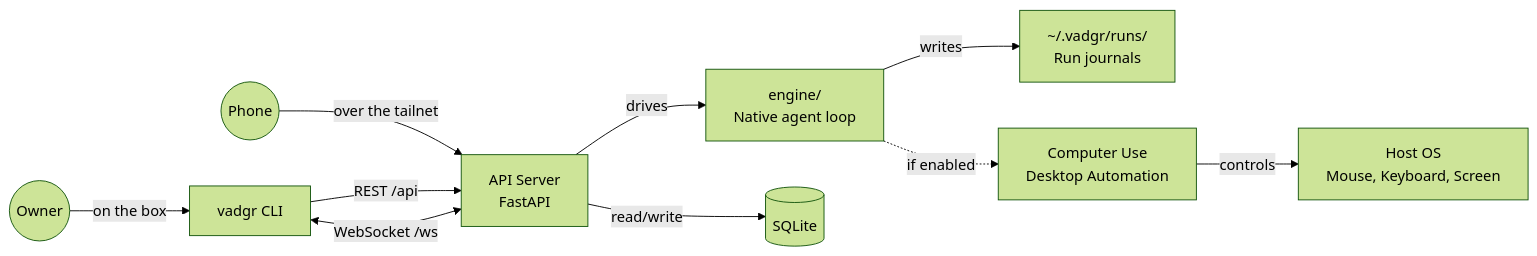
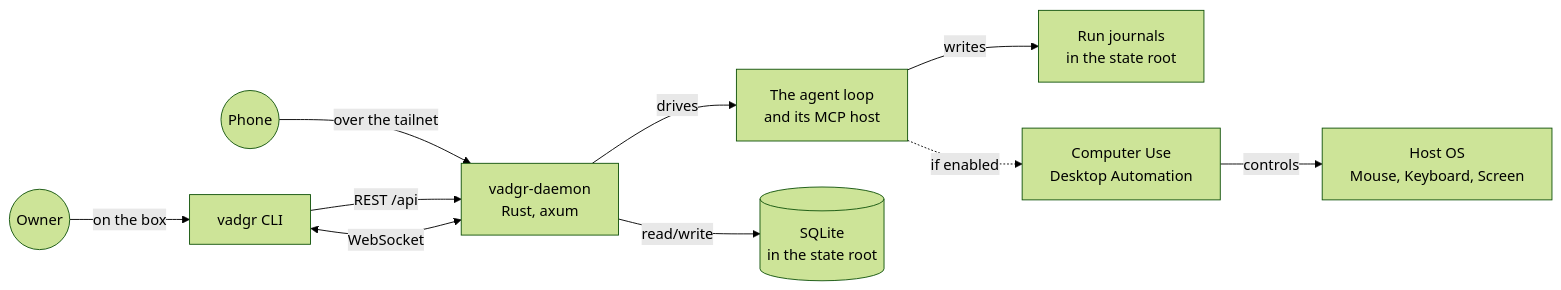
The diagram in README.md (MONTBRAIN/vadgr), drawn with Mermaid (forest theme) before and after one commit. The commit also changed other lines of this file and 5 other files, not shown here.

````diff
--- a/README.md
+++ b/README.md
@@ -108,12 +108,12 @@
 ```mermaid
 graph LR
     Owner((Owner)) -->|on the box| VCLI[vadgr CLI]
     Phone((Phone)) -->|over the tailnet| API
-    VCLI -->|REST /api| API[API Server<br/>FastAPI]
-    VCLI <-->|WebSocket /ws| API
-    API -->|drives| Loop[engine/<br/>Native agent loop]
-    API -->|read/write| DB[(SQLite)]
-    Loop -->|writes| Journal[~/.vadgr/runs/<br/>Run journals]
+    VCLI -->|REST /api| API[vadgr-daemon<br/>Rust, axum]
+    VCLI <-->|WebSocket| API
+    API -->|drives| Loop[The agent loop<br/>and its MCP host]
+    API -->|read/write| DB[(SQLite<br/>in the state root)]
+    Loop -->|writes| Journal[Run journals<br/>in the state root]
     Loop -.->|if enabled| CU[Computer Use<br/>Desktop Automation]
     CU -->|controls| Desktop[Host OS<br/>Mouse, Keyboard, Screen]
 ```
````
